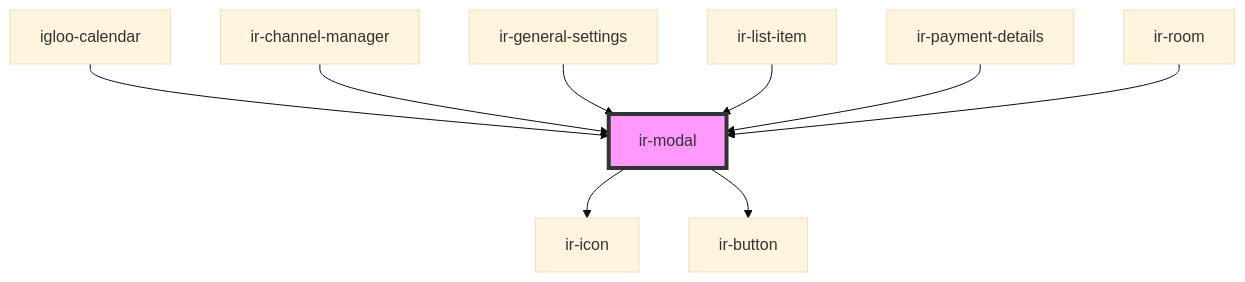
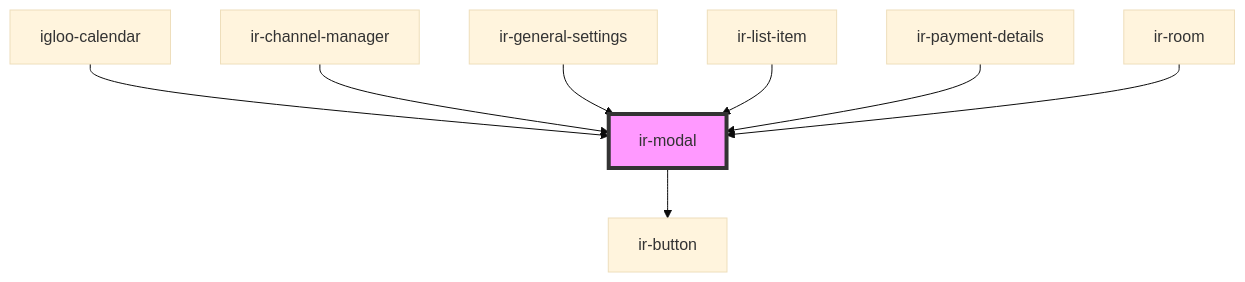
Before and after one commit to RonyRizk/ir-webcmp: the diagram in src/components/ir-modal/readme.md, drawn with Mermaid (base theme). The commit also changed other lines of this file and 57 other files, not shown here.

````diff
--- a/src/components/ir-modal/readme.md
+++ b/src/components/ir-modal/readme.md
@@ -74,12 +73,11 @@
 ```mermaid
 graph TD;
-  ir-modal --> ir-icon
   ir-modal --> ir-button
   igloo-calendar --> ir-modal
   ir-channel-manager --> ir-modal
   ir-general-settings --> ir-modal
   ir-list-item --> ir-modal
   ir-payment-details --> ir-modal
   ir-room --> ir-modal
   style ir-modal fill:#f9f,stroke:#333,stroke-width:4px
 ```
````
